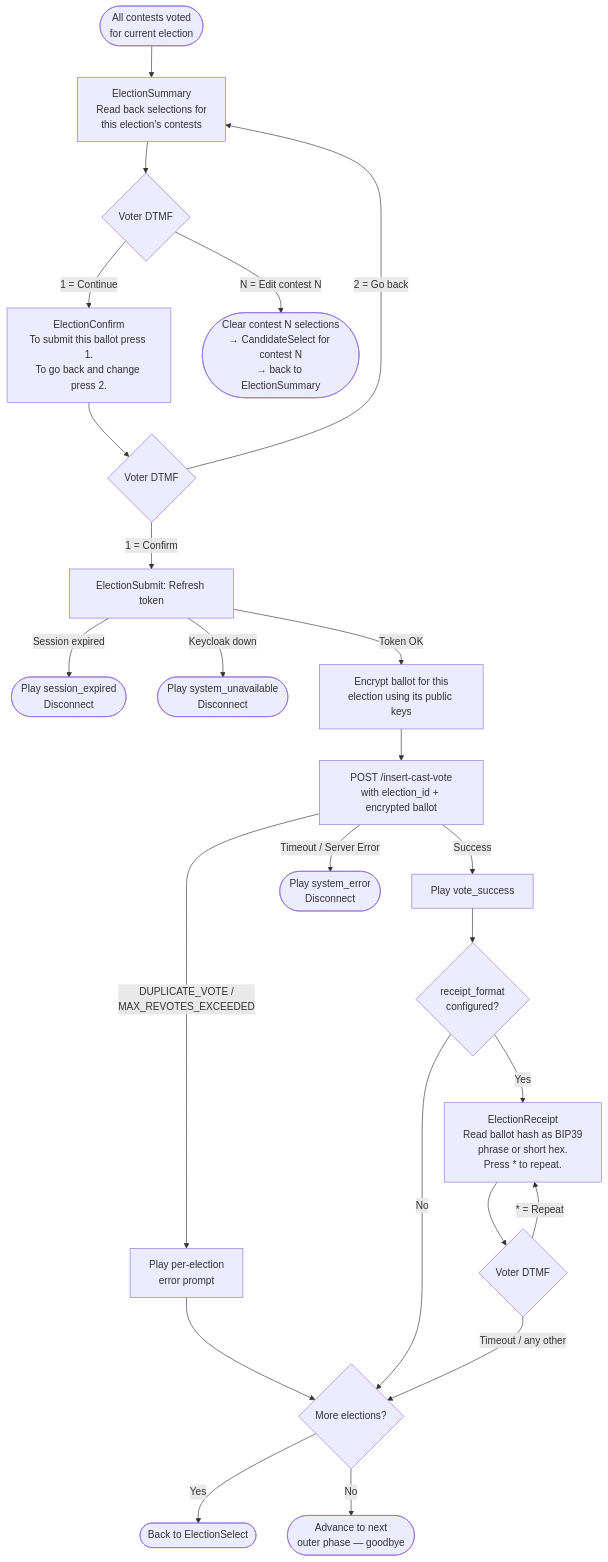
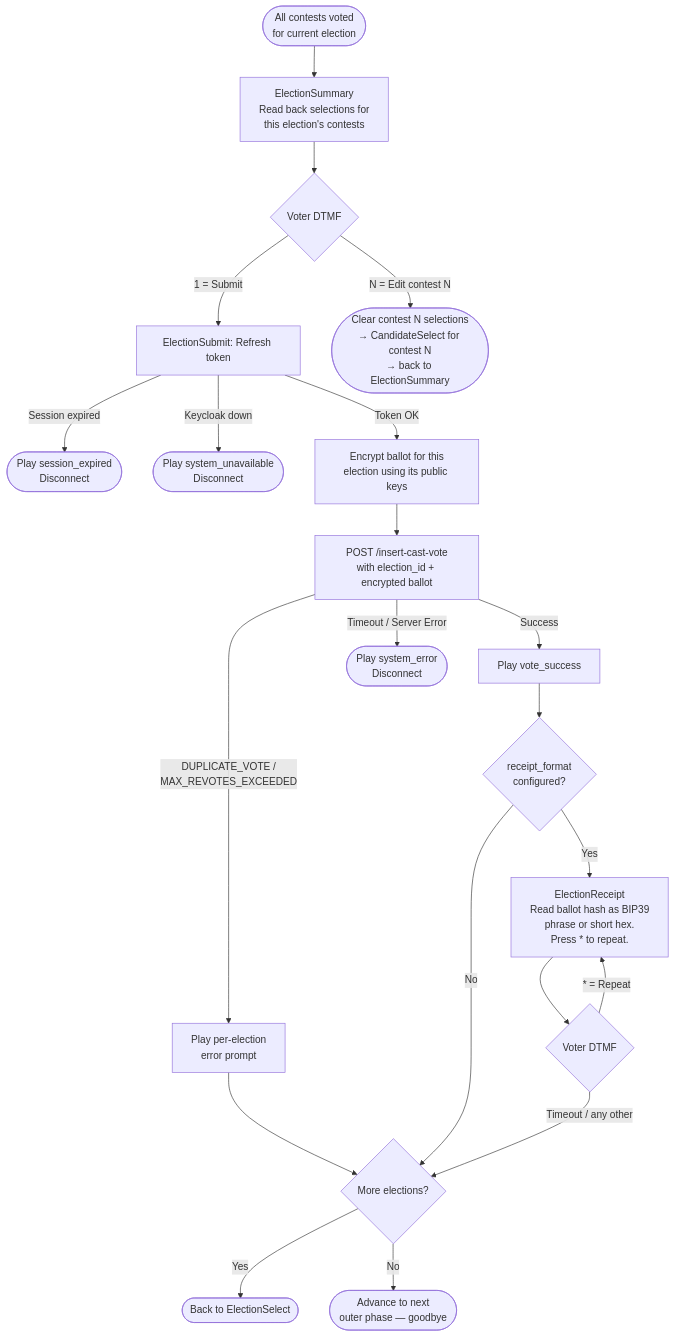
The third of 13 diagrams in docs/docusaurus/docs/07-developers/12-ivr/ivr-system-design.md (sequentech/step), drawn with Mermaid before and after one commit. The commit also changed other lines of this file, not shown here.

````diff
--- a/docs/docusaurus/docs/07-developers/12-ivr/ivr-system-design.md
+++ b/docs/docusaurus/docs/07-developers/12-ivr/ivr-system-design.md
@@ -150,33 +150,29 @@
 ```mermaid
 flowchart TD
     START([All contests voted<br/>for current election]) --> SUM[ElectionSummary<br/>Read back selections for<br/>this election's contests]
     SUM --> SUM_INPUT{Voter DTMF}
-    SUM_INPUT -->|"1 = Continue"| FC[ElectionConfirm<br/>To submit this ballot press 1.<br/>To go back and change press 2.]
+    SUM_INPUT -->|"1 = Submit"| TOKEN[ElectionSubmit: Refresh token]
     SUM_INPUT -->|"N = Edit contest N"| EDIT([Clear contest N selections<br/>→ CandidateSelect for contest N<br/>→ back to ElectionSummary])
-
-    FC --> FC_INPUT{Voter DTMF}
-    FC_INPUT -->|"2 = Go back"| SUM
-    FC_INPUT -->|"1 = Confirm"| TOKEN[ElectionSubmit: Refresh token]
 
     TOKEN -->|"Session expired"| TOKEN_ERR([Play session_expired<br/>Disconnect])
     TOKEN -->|"Keycloak down"| KC_ERR([Play system_unavailable<br/>Disconnect])
     TOKEN -->|Token OK| ENCRYPT[Encrypt ballot for this<br/>election using its public keys]
     ENCRYPT --> CAST[POST /insert-cast-vote<br/>with election_id + encrypted ballot]
 
     CAST -->|Success| CAST_OK[Play vote_success]
     CAST -->|"DUPLICATE_VOTE /<br/>MAX_REVOTES_EXCEEDED"| CAST_WARN[Play per-election<br/>error prompt]
     CAST -->|"Timeout / Server Error"| SRV_ERR([Play system_error<br/>Disconnect])
 
     CAST_OK --> RCPT{receipt_format<br/>configured?}
     CAST_WARN --> NEXT
 
     RCPT -->|No| NEXT
     RCPT -->|Yes| RCPT_READ[ElectionReceipt<br/>Read ballot hash as BIP39<br/>phrase or short hex.<br/>Press * to repeat.]
     RCPT_READ --> RCPT_INPUT{Voter DTMF}
     RCPT_INPUT -->|"* = Repeat"| RCPT_READ
     RCPT_INPUT -->|"Timeout / any other"| NEXT
 
     NEXT{More elections?}
     NEXT -->|Yes| ELEC_SEL([Back to ElectionSelect])
     NEXT -->|No| DONE([Advance to next<br/>outer phase — goodbye])
 ```
````
